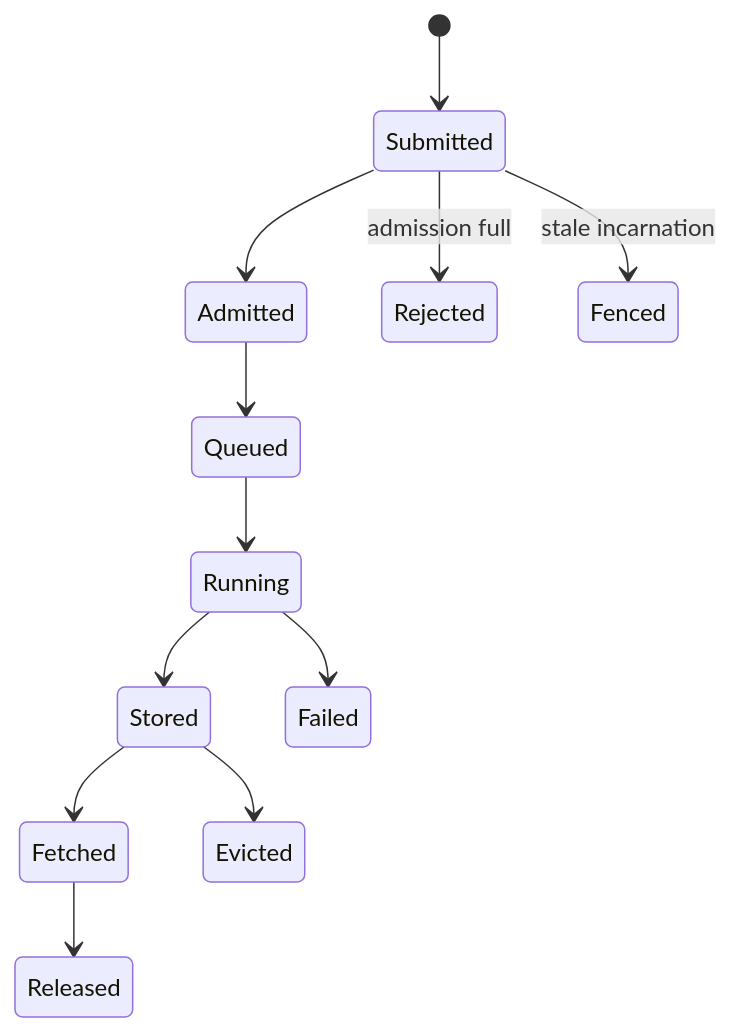
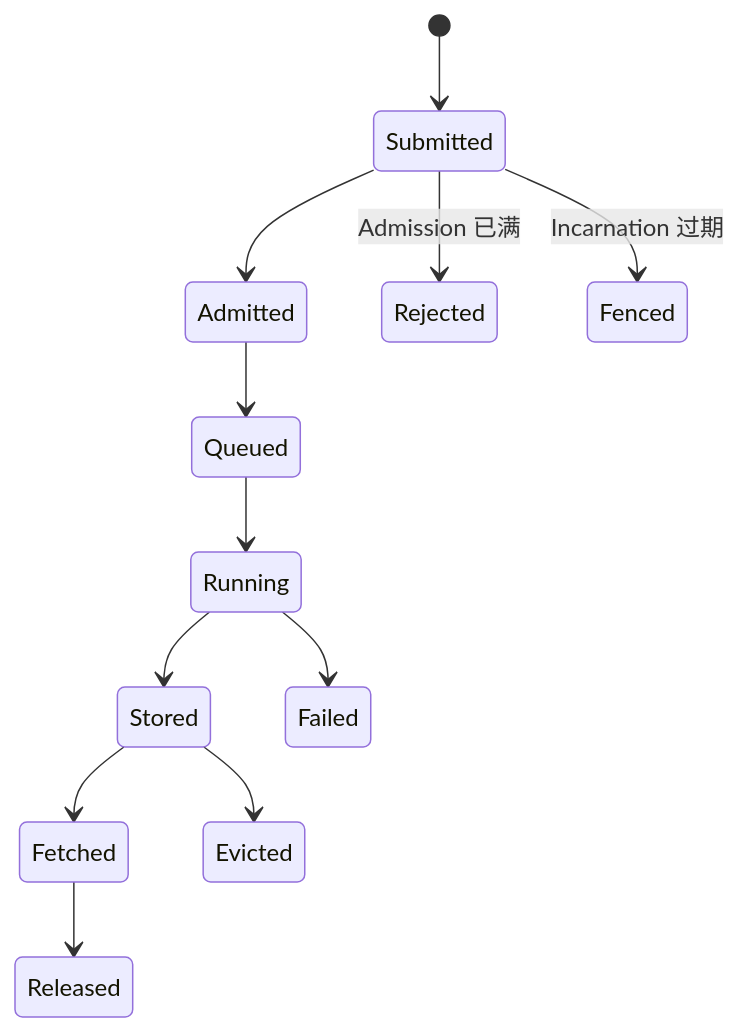
One commit to HSPK/tinyray changed the second of 2 diagrams in docs/04-protocols/03-control-rpc.md. Above: the diagram before and after it, drawn with Mermaid. The commit also changed other lines of this file and 33 other files, not shown here.

````diff
--- a/docs/04-protocols/03-control-rpc.md
+++ b/docs/04-protocols/03-control-rpc.md
@@ -88,14 +85,14 @@
 ```mermaid
 stateDiagram-v2
     [*] --> Submitted
     Submitted --> Admitted
-    Submitted --> Rejected : admission full
-    Submitted --> Fenced : stale incarnation
+    Submitted --> Rejected : Admission 已满
+    Submitted --> Fenced : Incarnation 过期
     Admitted --> Queued
     Queued --> Running
     Running --> Stored
     Running --> Failed
     Stored --> Fetched
     Stored --> Evicted
     Fetched --> Released
 ```
````
